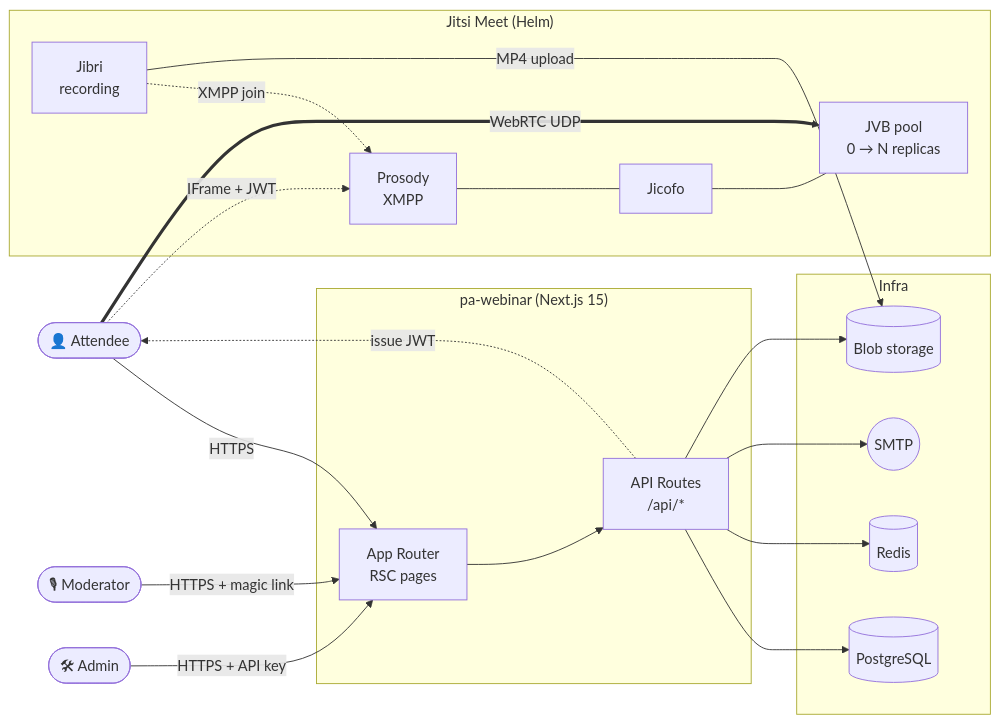
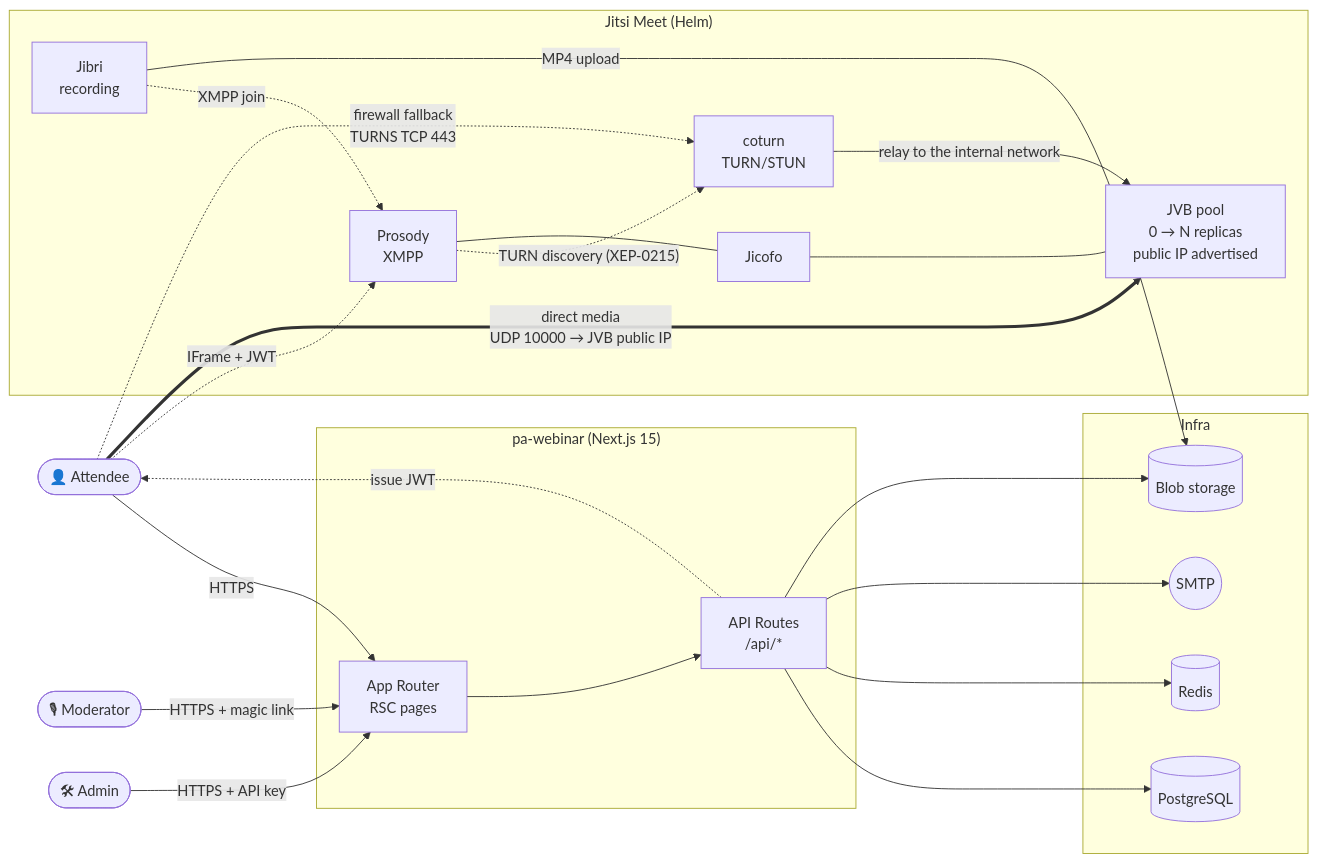
One commit to italia/pa-webinar changed the first of 3 diagrams in README.en.md. Above: the diagram before and after it, drawn with Mermaid. The commit also changed other lines of this file and 38 other files, not shown here.

````diff
--- a/README.en.md
+++ b/README.en.md
@@ -74,43 +74,47 @@
 ```mermaid
 flowchart LR
   Browser(["👤 Attendee"])
   Moderator(["🎙 Moderator"])
   Admin(["🛠 Admin"])
 
   subgraph App["pa-webinar (Next.js 15)"]
     API["API Routes<br/>/api/*"]
     Pages["App Router<br/>RSC pages"]
   end
 
   subgraph Jitsi["Jitsi Meet (Helm)"]
     Prosody["Prosody<br/>XMPP"]
     Jicofo
-    JVB["JVB pool<br/>0 → N replicas"]
+    JVB["JVB pool<br/>0 → N replicas<br/>public IP advertised"]
+    Coturn["coturn<br/>TURN/STUN"]
     Jibri["Jibri<br/>recording"]
   end
 
   subgraph Infra
     PG[(PostgreSQL)]
     Redis[(Redis)]
     SMTP((SMTP))
     Blob[(Blob storage)]
   end
 
   Browser -->|HTTPS| Pages
   Moderator -->|HTTPS + magic link| Pages
   Admin -->|HTTPS + API key| Pages
   Pages --> API
   Browser -.->|IFrame + JWT| Prosody
-  Browser ==>|WebRTC UDP| JVB
+  Browser ==>|"direct media<br/>UDP 10000 → JVB public IP"| JVB
+  Browser -.->|"firewall fallback<br/>TURNS TCP 443"| Coturn
+  Coturn -->|"relay to the internal network"| JVB
+  Prosody -.->|"TURN discovery (XEP-0215)"| Coturn
   Jibri -.->|XMPP join| Prosody
   Jibri -->|MP4 upload| Blob
 
   API --> PG
   API --> Redis
   API --> SMTP
   API --> Blob
   API -.->|issue JWT| Browser
 
   Prosody --- Jicofo
   Jicofo --- JVB
 ```
````
